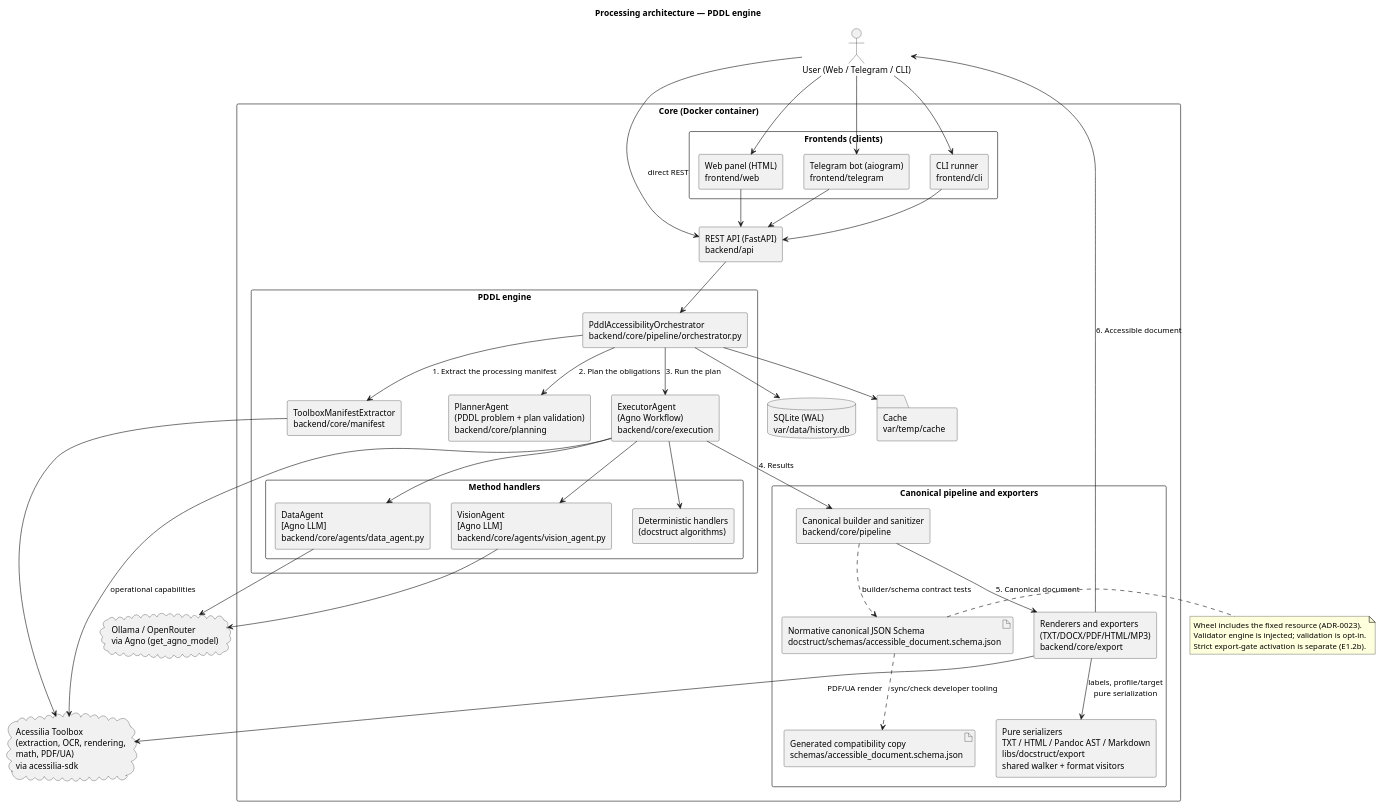
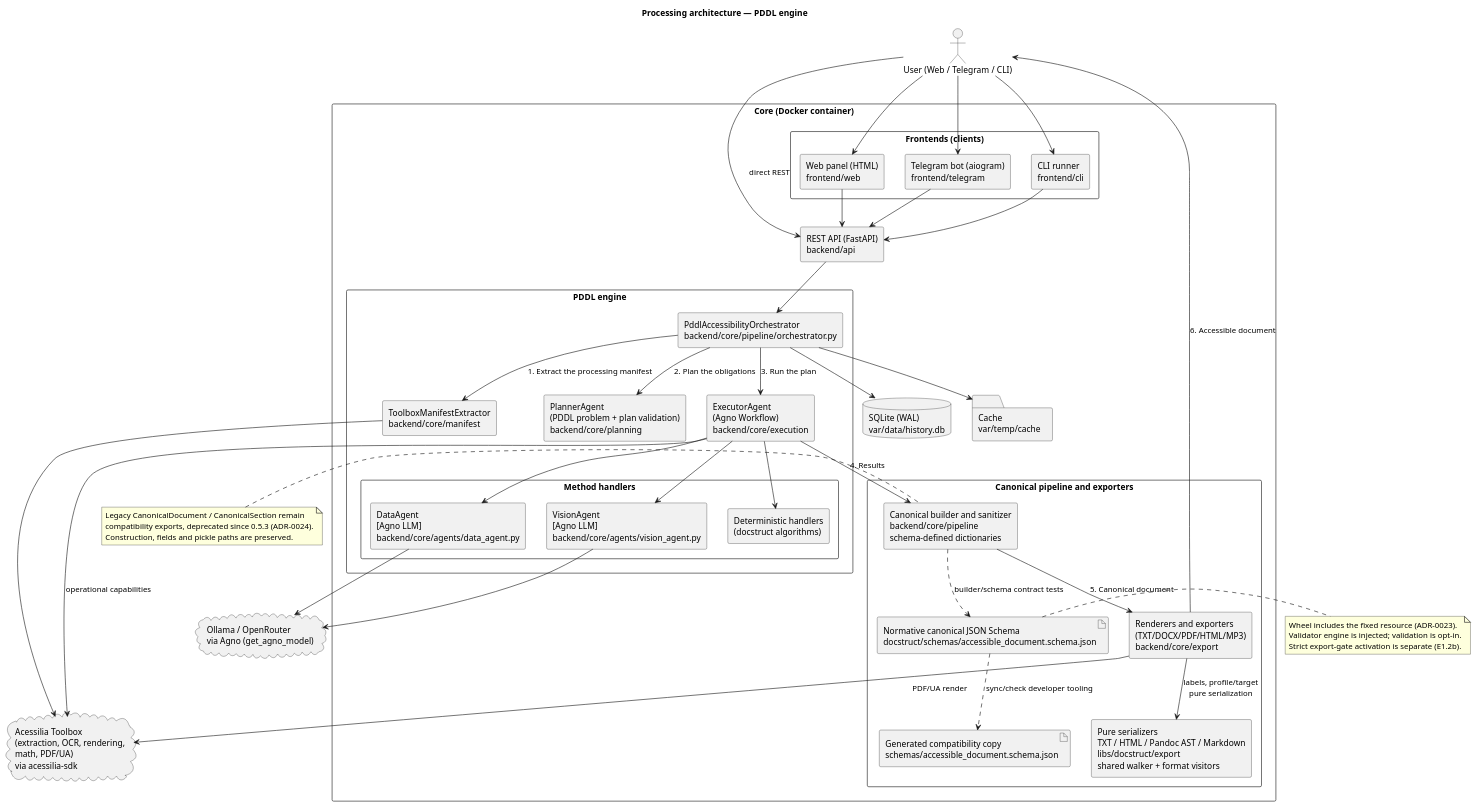
The diagram in docs/architecture/architecture.puml (A11yDevs/acessilia), drawn with PlantUML before and after one commit. The commit also changed 23 other files, not shown here.

Commit message:
refactor(docstruct): deprecate legacy canonical dataclasses (#371)

```diff
--- a/docs/architecture/architecture.puml
+++ b/docs/architecture/architecture.puml
@@ -1,85 +1,90 @@
 @startuml architecture
 skinparam componentStyle rectangle
 skinparam shadowing false
 skinparam packageStyle rectangle
 
 title Processing architecture — PDDL engine
 
 actor "User (Web / Telegram / CLI)" as User
 
 package "Core (Docker container)" {
 
   package "Frontends (clients)" {
     component "Web panel (HTML)\nfrontend/web" as WebUI
     component "Telegram bot (aiogram)\nfrontend/telegram" as TelegramBot
     component "CLI runner\nfrontend/cli" as CLI
   }
 
   component "REST API (FastAPI)\nbackend/api" as API
 
   package "PDDL engine" {
     component "PddlAccessibilityOrchestrator\nbackend/core/pipeline/orchestrator.py" as Orchestrator
     component "ToolboxManifestExtractor\nbackend/core/manifest" as Manifest
     component "PlannerAgent\n(PDDL problem + plan validation)\nbackend/core/planning" as Planner
     component "ExecutorAgent\n(Agno Workflow)\nbackend/core/execution" as Executor
 
     package "Method handlers" {
       component "VisionAgent\n[Agno LLM]\nbackend/core/agents/vision_agent.py" as Vision
       component "DataAgent\n[Agno LLM]\nbackend/core/agents/data_agent.py" as Data
       component "Deterministic handlers\n(docstruct algorithms)" as Deterministic
     }
   }
 
   package "Canonical pipeline and exporters" {
-    component "Canonical builder and sanitizer\nbackend/core/pipeline" as Pipeline
+    component "Canonical builder and sanitizer\nbackend/core/pipeline\nschema-defined dictionaries" as Pipeline
     component "Renderers and exporters\n(TXT/DOCX/PDF/HTML/MP3)\nbackend/core/export" as Exporters
     component "Pure serializers\nTXT / HTML / Pandoc AST / Markdown\nlibs/docstruct/export\nshared walker + format visitors" as PureExports
     artifact "Normative canonical JSON Schema\ndocstruct/schemas/accessible_document.schema.json" as CanonicalSchema
     artifact "Generated compatibility copy\nschemas/accessible_document.schema.json" as SchemaCopy
   }
 
   database "SQLite (WAL)\nvar/data/history.db" as DB
   folder "Cache\nvar/temp/cache" as Cache
 }
 
 cloud "Acessilia Toolbox\n(extraction, OCR, rendering,\nmath, PDF/UA)\nvia acessilia-sdk" as Toolbox
 cloud "Ollama / OpenRouter\nvia Agno (get_agno_model)" as AI
 
 User --> WebUI
 User --> TelegramBot
 User --> CLI
 User --> API : direct REST
 
 WebUI --> API
 TelegramBot --> API
 CLI --> API
 API --> Orchestrator
 
 Orchestrator --> DB
 Orchestrator --> Cache
 
 Orchestrator --> Manifest : 1. Extract the processing manifest
 Manifest --> Toolbox
 Orchestrator --> Planner : 2. Plan the obligations
 Orchestrator --> Executor : 3. Run the plan
 Executor --> Vision
 Executor --> Data
 Executor --> Deterministic
 Executor --> Toolbox : operational capabilities
 Vision --> AI
 Data --> AI
 
 Executor --> Pipeline : 4. Results
 Pipeline --> Exporters : 5. Canonical document
+note left of Pipeline
+  Legacy CanonicalDocument / CanonicalSection remain
+  compatibility exports, deprecated since 0.5.3 (ADR-0024).
+  Construction, fields and pickle paths are preserved.
+end note
 Pipeline ..> CanonicalSchema : builder/schema contract tests
 CanonicalSchema ..> SchemaCopy : sync/check developer tooling
 note right of CanonicalSchema
   Wheel includes the fixed resource (ADR-0023).
   Validator engine is injected; validation is opt-in.
   Strict export-gate activation is separate (E1.2b).
 end note
 Exporters --> PureExports : labels, profile/target\npure serialization
 Exporters --> Toolbox : PDF/UA render
 Exporters --> User : 6. Accessible document
 
 @enduml
```
